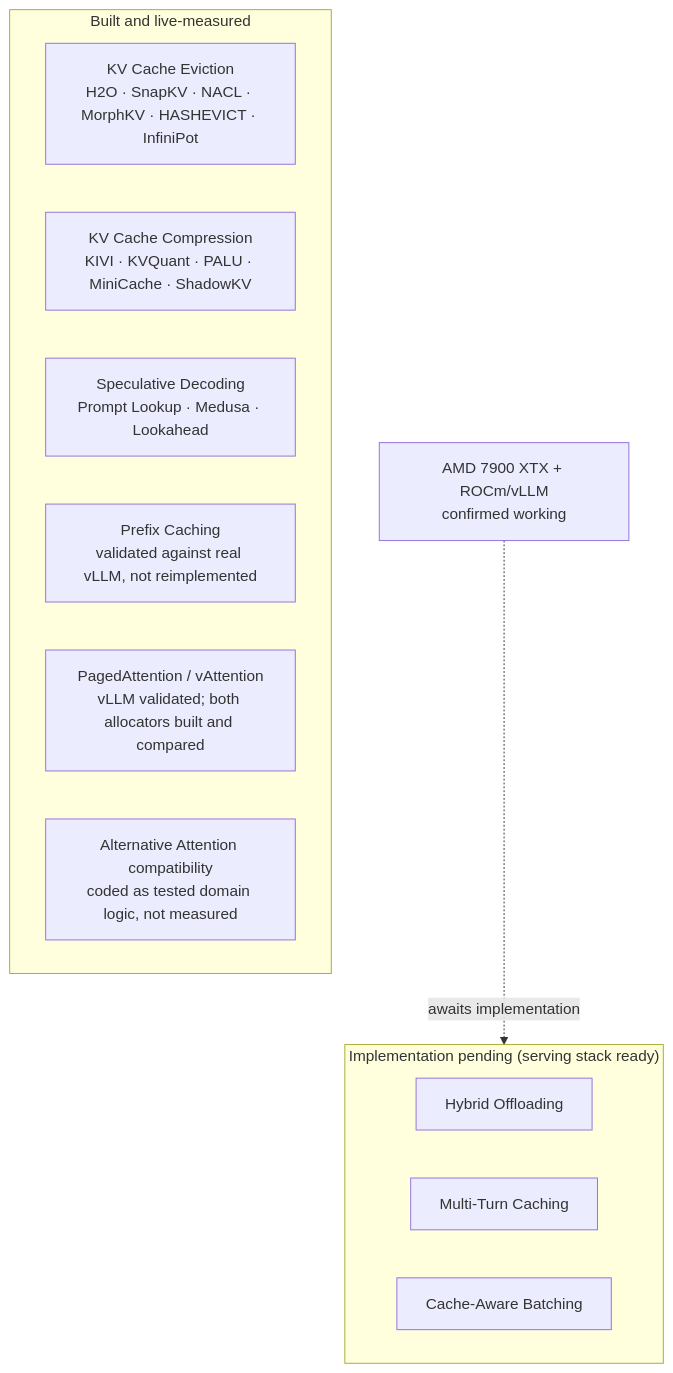
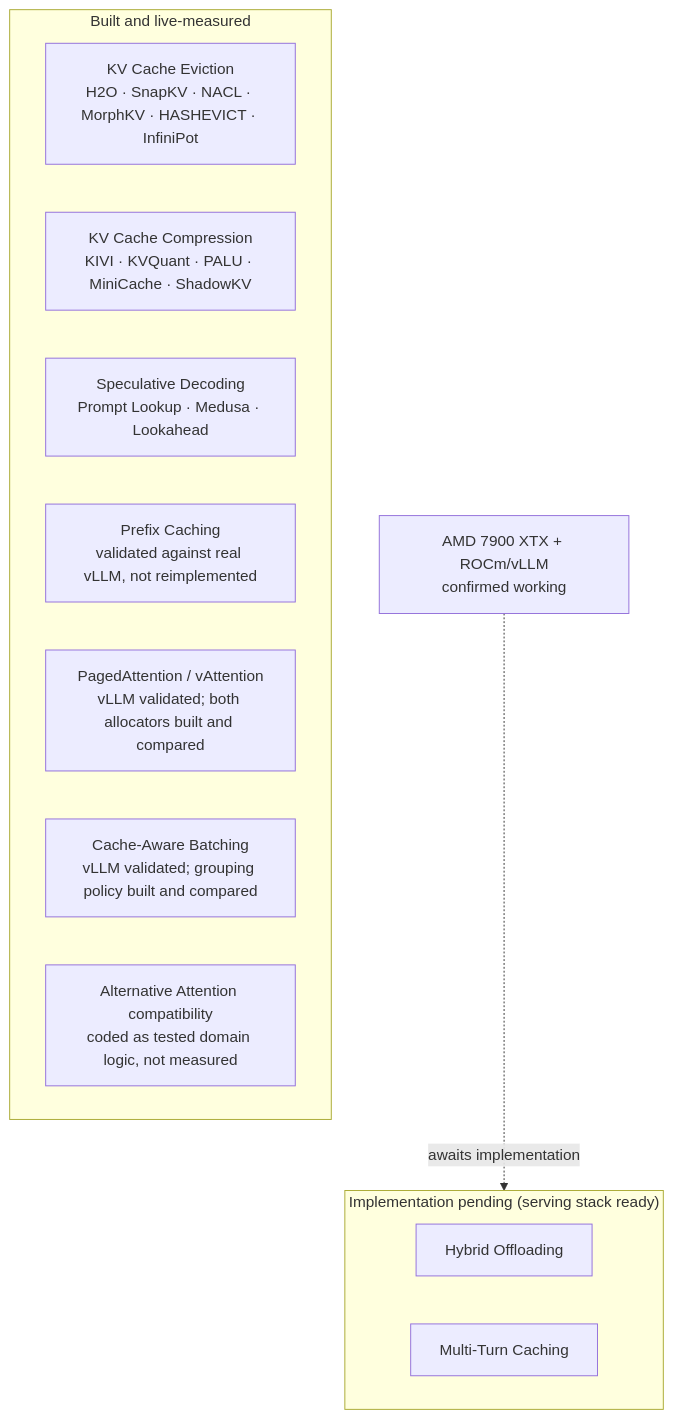
One commit to aaronrmDev/AI-AUGMENTED-GENERATION changed the diagram in docs/architecture/CAG.md. Above: the diagram before and after it, drawn with Mermaid. The commit also changed other lines of this file and 15 other files, not shown here.

First line of the commit message:
feat: implement and validate CAG Cache-Aware Batching (#38, #128)

````diff
--- a/docs/architecture/CAG.md
+++ b/docs/architecture/CAG.md
@@ -29,17 +29,17 @@
 ```mermaid
 flowchart TD
     subgraph built["Built and live-measured"]
         EVICT["KV Cache Eviction<br/>H2O · SnapKV · NACL · MorphKV · HASHEVICT · InfiniPot"]
         COMP["KV Cache Compression<br/>KIVI · KVQuant · PALU · MiniCache · ShadowKV"]
         SPEC["Speculative Decoding<br/>Prompt Lookup · Medusa · Lookahead"]
         PREFIX["Prefix Caching<br/>validated against real vLLM, not reimplemented"]
         PAGED["PagedAttention / vAttention<br/>vLLM validated; both allocators built and compared"]
+        BATCH["Cache-Aware Batching<br/>vLLM validated; grouping policy built and compared"]
         ATTN["Alternative Attention compatibility<br/>coded as tested domain logic, not measured"]
     end
     subgraph blocked["Implementation pending (serving stack ready)"]
         HYBRID["Hybrid Offloading"]
         MULTI["Multi-Turn Caching"]
-        BATCH["Cache-Aware Batching"]
     end
     HW["AMD 7900 XTX + ROCm/vLLM<br/>confirmed working"] -.awaits implementation.-> blocked
 ```
````
